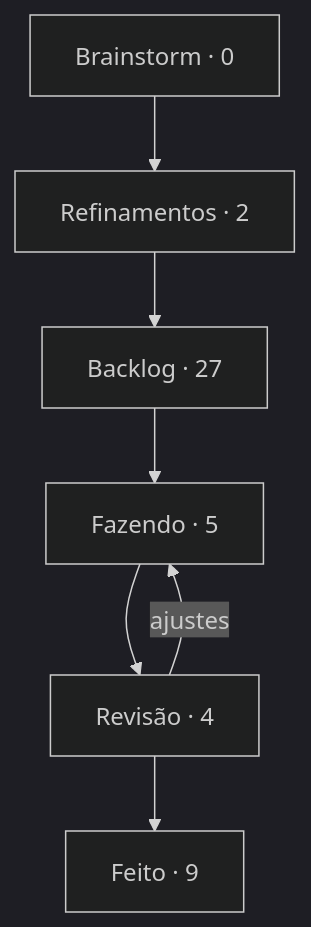
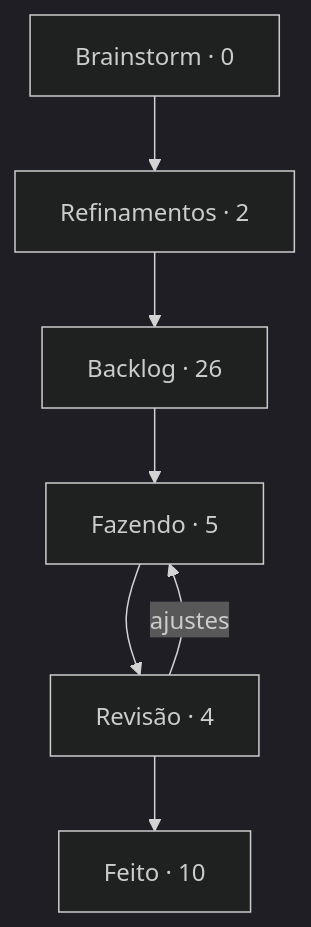
The diagram in boards/dungeon-bend/BOARD.md (StudioVibi/VibiKanban), drawn with Mermaid (dark theme) before and after one commit. The commit also changed other lines of this file and 2 other files, not shown here.

````diff
--- a/boards/dungeon-bend/BOARD.md
+++ b/boards/dungeon-bend/BOARD.md
@@ -5,12 +5,12 @@
 ```mermaid
 flowchart TD
   brainstorm["Brainstorm · 0"] --> refinamentos["Refinamentos · 2"]
-  refinamentos --> backlog["Backlog · 27"]
+  refinamentos --> backlog["Backlog · 26"]
   backlog --> doing["Fazendo · 5"]
   doing --> review["Revisão · 4"]
-  review --> done["Feito · 9"]
+  review --> done["Feito · 10"]
   review -->|ajustes| doing
   doing:::blue
   review:::yellow
   done:::green
 ```
````
